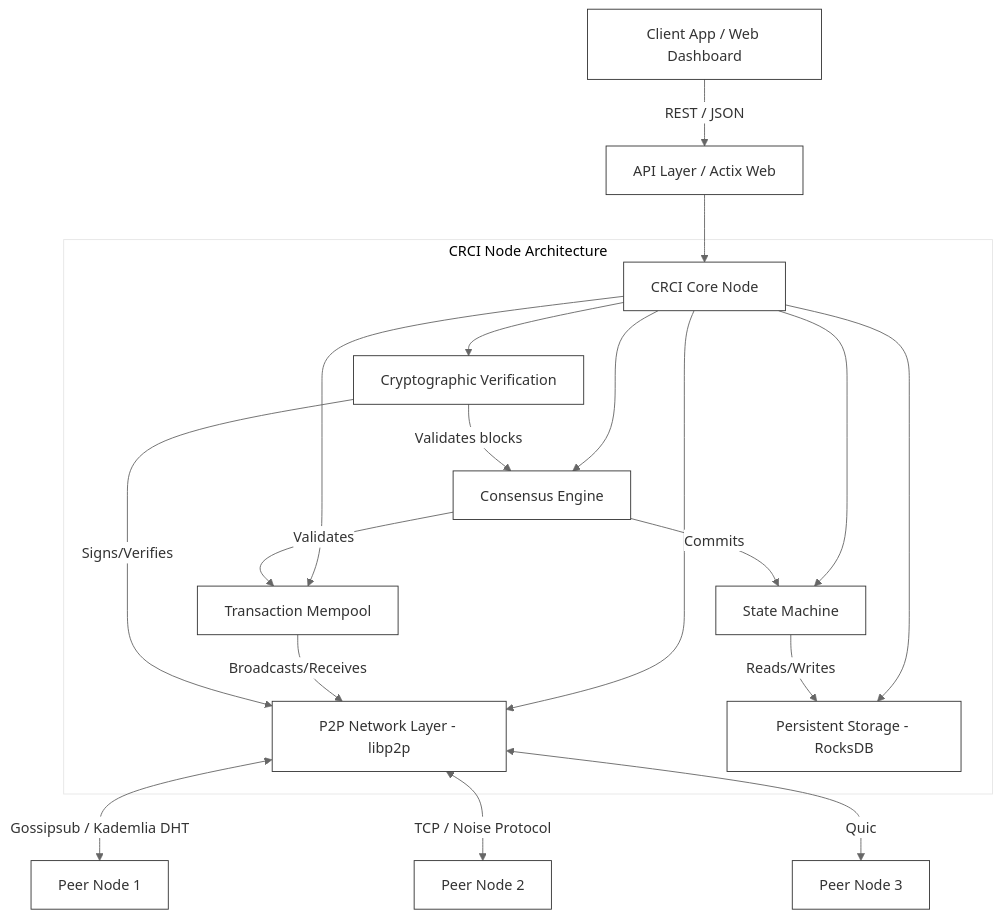
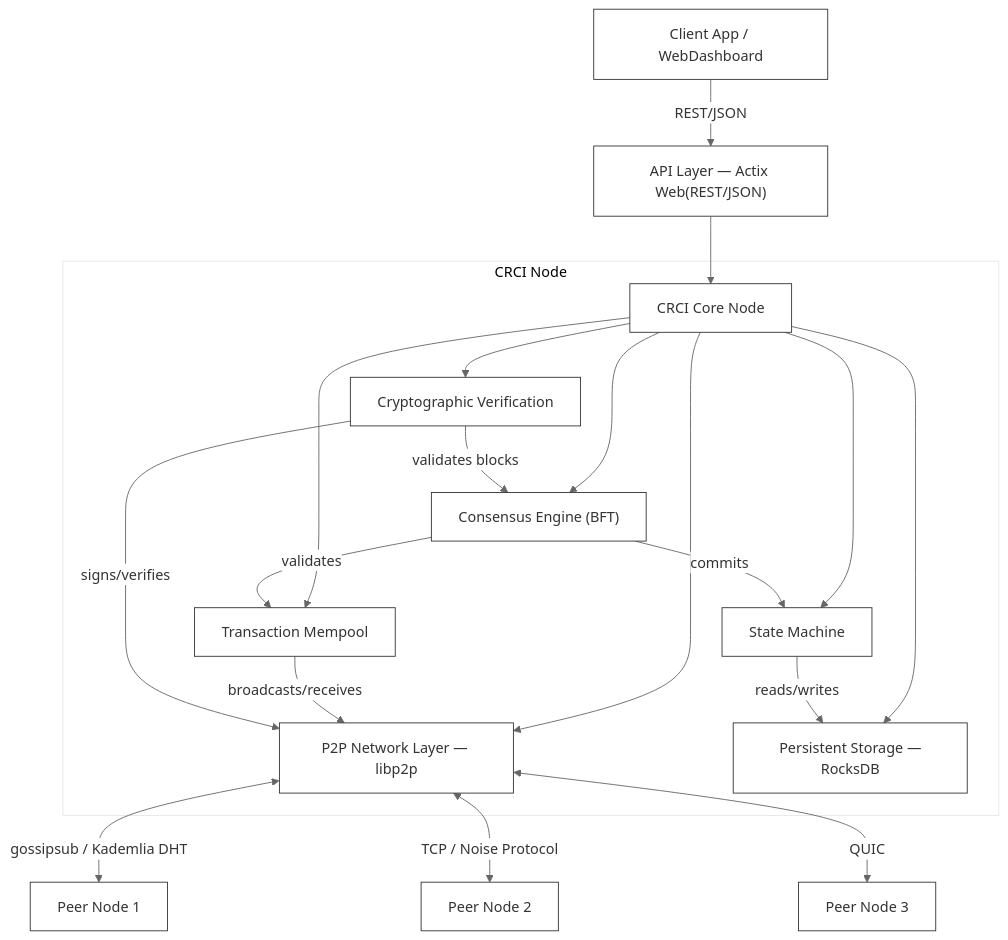
One commit to medwinjose/crci changed the diagram in README.md. Above: the diagram before and after it, drawn with Mermaid. The commit also changed other lines of this file and 2 other files, not shown here.

Commit message:
docs(session-189): redesign architecture diagram with layer-based styling, fix CI badge URL

````diff
--- a/README.md
+++ b/README.md
@@ -18,26 +18,26 @@
 ```mermaid
 %%{init: {'theme': 'base', 'themeVariables': { 'primaryColor': '#ffffff', 'primaryBorderColor': '#333333', 'lineColor': '#666666', 'textColor': '#000000'}}}%%
 graph TD
-    Client[Client App / Web Dashboard] -->|REST / JSON| APILayer[API Layer / Actix Web]
-    APILayer --> CRCI_Node[CRCI Core Node]
+    Client["Client App / WebDashboard"] -->|"REST/JSON"| APILayer["API Layer — Actix Web(REST/JSON)"]
+    APILayer --> CRCI_Node["CRCI Core Node"]
     
-    subgraph CRCI Node Architecture
-        CRCI_Node --> Consensus[Consensus Engine]
-        CRCI_Node --> Mempool[Transaction Mempool]
-        CRCI_Node --> StateMachine[State Machine]
-        CRCI_Node --> Network[P2P Network Layer - libp2p]
-        CRCI_Node --> Crypto[Cryptographic Verification]
-        CRCI_Node --> Storage[Persistent Storage - RocksDB]
+    subgraph CRCI Node
+        CRCI_Node --> Consensus["Consensus Engine (BFT)"]
+        CRCI_Node --> Mempool["Transaction Mempool"]
+        CRCI_Node --> StateMachine["State Machine"]
+        CRCI_Node --> Network["P2P Network Layer — libp2p"]
+        CRCI_Node --> Crypto["Cryptographic Verification"]
+        CRCI_Node --> Storage["Persistent Storage —RocksDB"]
         
-        Consensus -->|Validates| Mempool
-        Consensus -->|Commits| StateMachine
-        Mempool -->|Broadcasts/Receives| Network
-        StateMachine -->|Reads/Writes| Storage
-        Crypto -->|Signs/Verifies| Network
-        Crypto -->|Validates blocks| Consensus
+        Consensus -->|"validates"| Mempool
+        Consensus -->|"commits"| StateMachine
+        Mempool -->|"broadcasts/receives"| Network
+        StateMachine -->|"reads/writes"| Storage
+        Crypto -->|"signs/verifies"| Network
+        Crypto -->|"validates blocks"| Consensus
     end
     
-    Network <-->|Gossipsub / Kademlia DHT| Peer1[Peer Node 1]
-    Network <-->|TCP / Noise Protocol| Peer2[Peer Node 2]
-    Network <-->|Quic| Peer3[Peer Node 3]
+    Network <-->|"gossipsub / Kademlia DHT"| Peer1["Peer Node 1"]
+    Network <-->|"TCP / Noise Protocol"| Peer2["Peer Node 2"]
+    Network <-->|"QUIC"| Peer3["Peer Node 3"]
 ```
````
